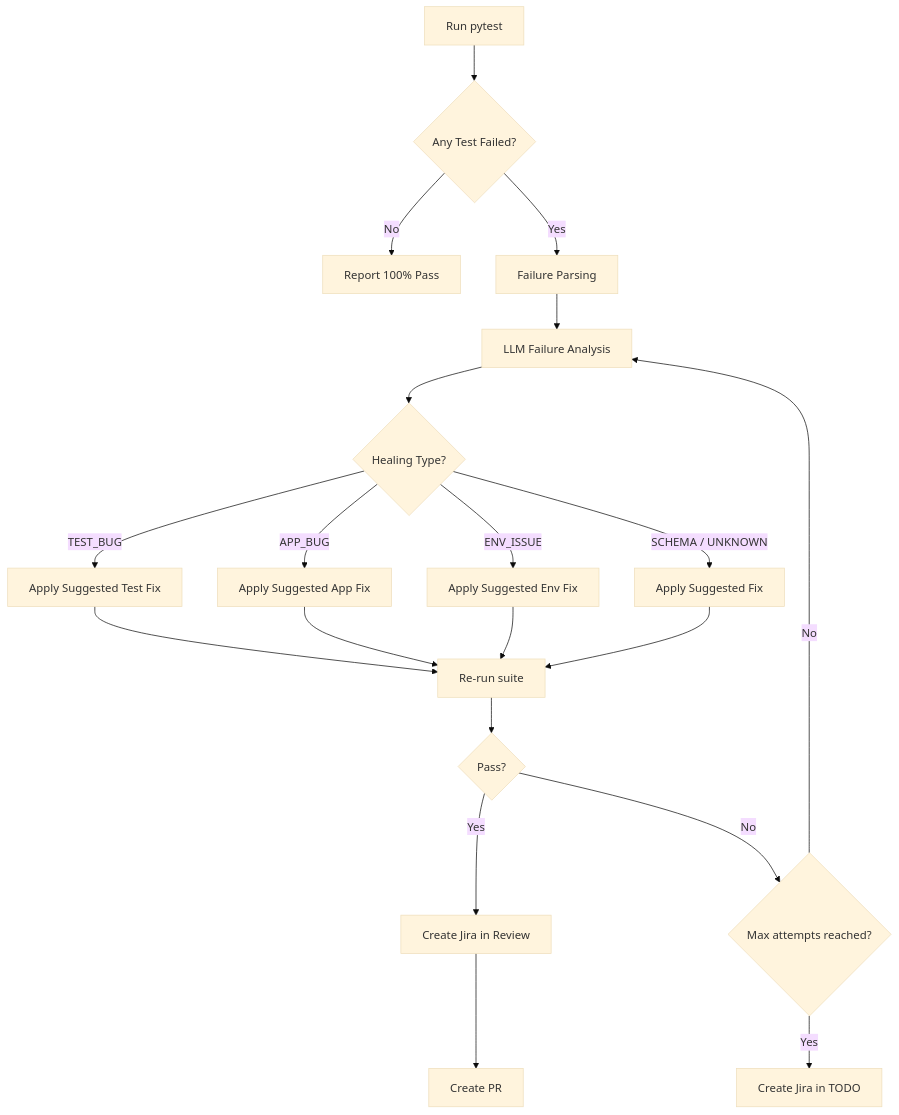
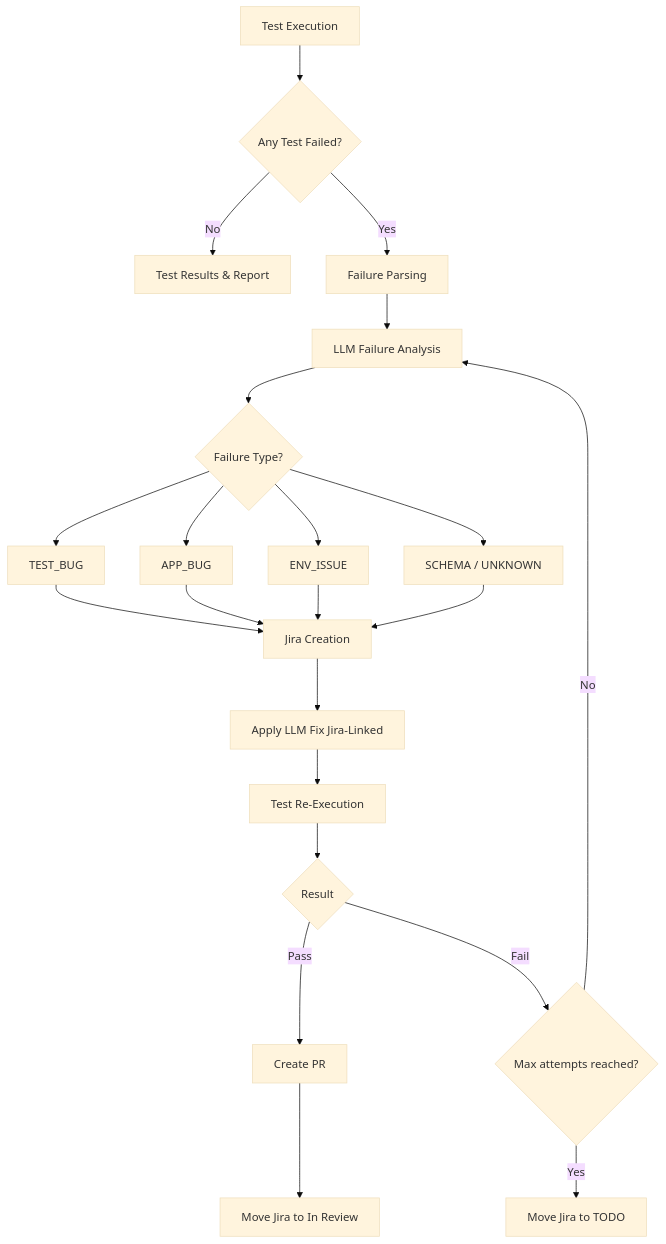
Before and after one commit to mohit-mungra-moschip/agentic_pipeline: the diagram in demo_presentation_guide.md, drawn with Mermaid (base theme). The commit also changed other lines of this file and 1 other file, not shown here.

Commit message:
docs: update presentation guide and integration guide with new pipeline flow

````diff
--- a/demo_presentation_guide.md
+++ b/demo_presentation_guide.md
@@ -108,26 +106,28 @@
 ```mermaid
 graph TD
-    A[Run pytest] --> B{Any Test Failed?}
-    B -- No --> C[Report 100% Pass]
+    A[Test Execution] --> B{Any Test Failed?}
+    B -- No --> C[Test Results & Report]
     B -- Yes --> D[Failure Parsing]
     D --> E[LLM Failure Analysis]
     
-    E --> H{Healing Type?}
-    H -- TEST_BUG --> I[Apply Suggested Test Fix]
-    H -- APP_BUG --> J[Apply Suggested App Fix]
-    H -- ENV_ISSUE --> K[Apply Suggested Env Fix]
-    H -- SCHEMA / UNKNOWN --> L[Apply Suggested Fix]
+    E --> H{Failure Type?}
+    H --> I[TEST_BUG]
+    H --> J[APP_BUG]
+    H --> K[ENV_ISSUE]
+    H --> L[SCHEMA / UNKNOWN]
     
-    I --> M[Re-run suite]
-    J --> M
-    K --> M
-    L --> M
+    I --> JC[Jira Creation]
+    J --> JC
+    K --> JC
+    L --> JC
     
-    M --> N{Pass?}
-    N -- Yes --> O[Create Jira in Review]
-    O --> P[Create PR]
+    JC --> FIX[Apply LLM Fix Jira-Linked]
+    FIX --> M[Test Re-Execution]
     
-    N -- No --> Q{Max attempts reached?}
+    M --> N{Result}
+    N -- Pass --> PR[Create PR] --> MoveJiraReview[Move Jira to In Review]
+    
+    N -- Fail --> Q{Max attempts reached?}
     Q -- No --> E
-    Q -- Yes --> R[Create Jira in TODO]
+    Q -- Yes --> MoveJiraTODO[Move Jira to TODO]
 ```
````
